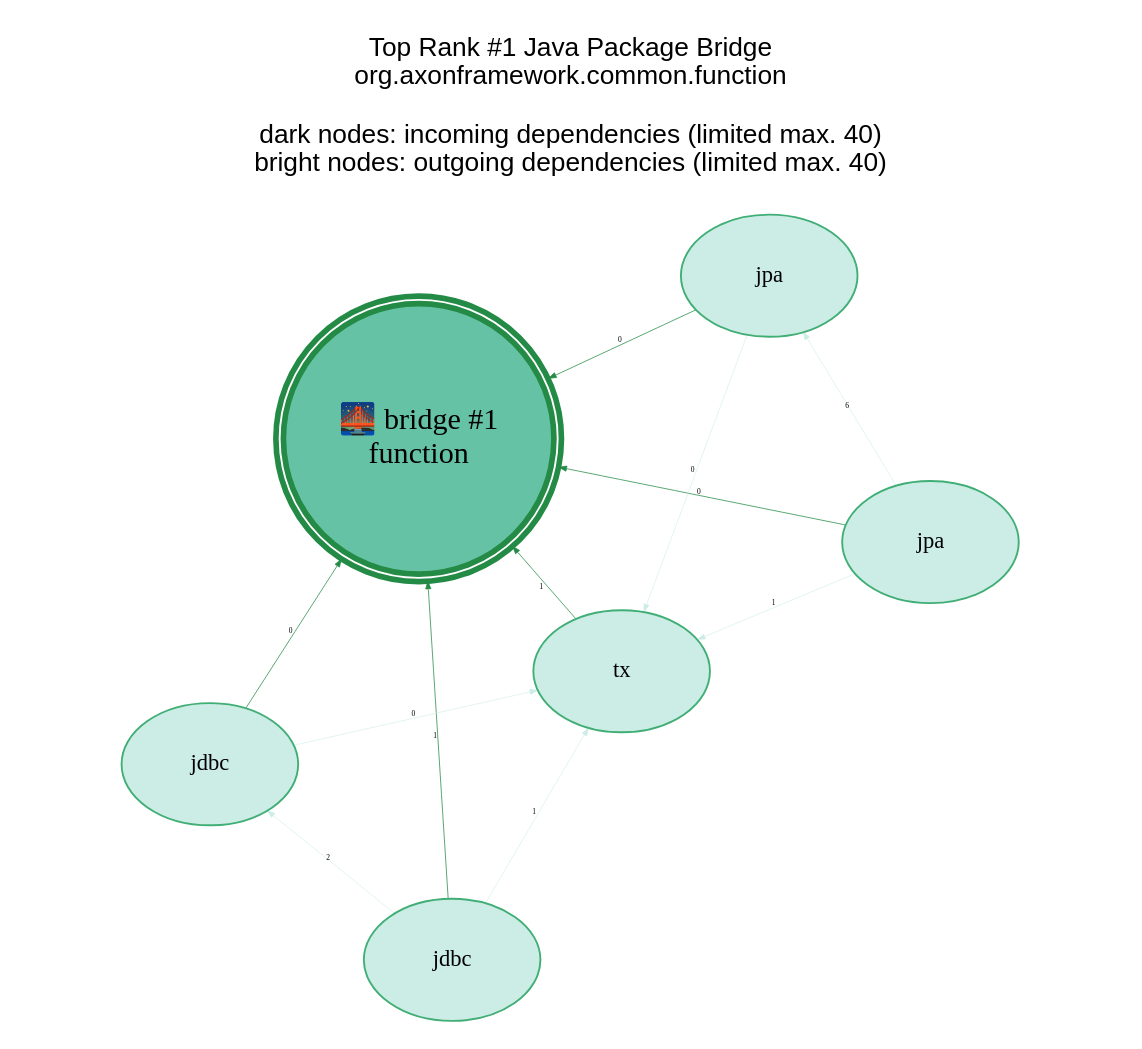
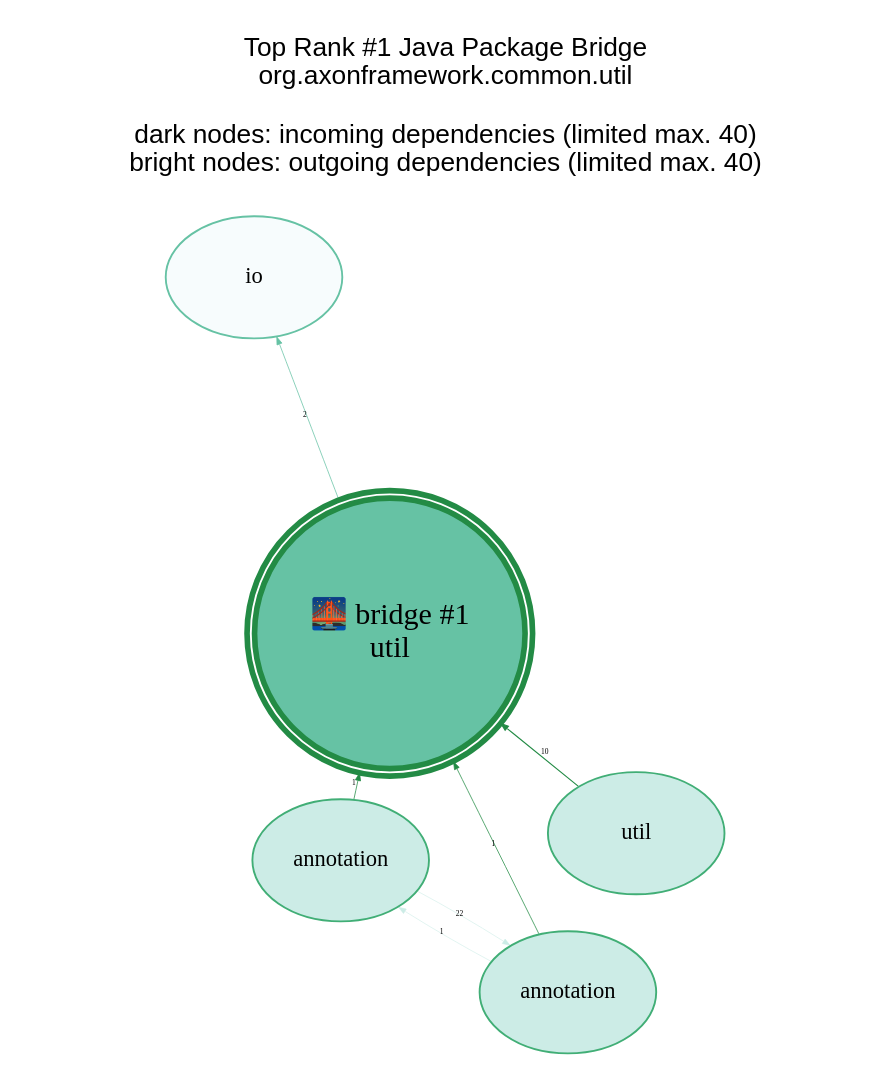
One commit to JohT/code-graph-analysis-examples changed the diagram in analysis-results/AxonFramework/latest/anomaly-detection/Java_Package/GraphVisualizations/graphviz/TopBridge1.gv. Above: the diagram before and after it, drawn with Graphviz. The commit also changed 795 other files, not shown here.

```diff
--- a/analysis-results/AxonFramework/latest/anomaly-detection/Java_Package/GraphVisualizations/graphviz/TopBridge1.gv
+++ b/analysis-results/AxonFramework/latest/anomaly-detection/Java_Package/GraphVisualizations/graphviz/TopBridge1.gv
@@ -1,28 +1,23 @@
 // This GraphViz dot file was generated by the script convertQueryResultCsvToGraphVizDotFile.sh with TopCentral.template
 
 strict digraph TopBridge1 {
     graph [layout = "fdp"; start = "7"; splines = "spline"; pad = "0.8,0.1"; outputorder = "edgesfirst";];
     graph [fontname = "Helvetica,Arial,sans-serif"; labelloc = "t";];
     node [colorscheme = "bugn9"; color = 6; fillcolor = 3;];
     edge [colorscheme = "bugn9"; color = 7;];
     node [fontsize = 12; style = "filled"; margin = "0.03,0.03"; width="1.3"; height="0.9";];
     edge [fontsize = 4; arrowsize = "0.4";];
 
     central [shape = "doublecircle"; height = "2.0"; margin = "0.000001,0.000001";];
     central [fontsize = 16;];
     central [color = 7; fillcolor = 5; penwidth = 3;];
 
-	graph   [label="Top Rank #1 Java Package Bridge\norg.axonframework.common.function\n\ndark nodes: incoming dependencies (limited max. 40)\nbright nodes: outgoing dependencies (limited max. 40)\n\n"];
-	central [label="🌉 bridge #1\nfunction"];
-	"jdbc_26005" [label = "jdbc"; ]; "jdbc_26005" -> central [label=1; weight=1; penwidth=0.4];
-	"tx_7358" [label = "tx"; ]; "tx_7358" -> central [label=1; weight=1; penwidth=0.4];
-	"jdbc_7357" [label = "jdbc"; ]; "jdbc_7357" -> central [label=0; weight=0; penwidth=0.4];
-	"jpa_26006" [label = "jpa"; ]; "jpa_26006" -> central [label=0; weight=0; penwidth=0.4];
-	"jpa_7360" [label = "jpa"; ]; "jpa_7360" -> central [label=0; weight=0; penwidth=0.4];
-	"jpa_26006" -> "jpa_7360" [label=6; weight=6; penwidth=0.3; color = 3]
-	"jdbc_26005" -> "jdbc_7357" [label=2; weight=2; penwidth=0.3; color = 3]
-	"jdbc_26005" -> "tx_7358" [label=1; weight=1; penwidth=0.3; color = 3]
-	"jpa_26006" -> "tx_7358" [label=1; weight=1; penwidth=0.3; color = 3]
-	"jdbc_7357" -> "tx_7358" [label=0; weight=0; penwidth=0.3; color = 3]
-	"jpa_7360" -> "tx_7358" [label=0; weight=0; penwidth=0.3; color = 3]
+	graph   [label="Top Rank #1 Java Package Bridge\norg.axonframework.common.util\n\ndark nodes: incoming dependencies (limited max. 40)\nbright nodes: outgoing dependencies (limited max. 40)\n\n"];
+	central [label="🌉 bridge #1\nutil"];
+	"util_18950" [label = "util"; ]; "util_18950" -> central [label=10; weight=10; penwidth=0.6];
+	"annotation_26014" [label = "annotation"; ]; "annotation_26014" -> central [label=1; weight=1; penwidth=0.4];
+	"annotation_26023" [label = "annotation"; ]; "annotation_26023" -> central [label=1; weight=1; penwidth=0.4];
+	"io_7354" [label = "io"; color = 5; fillcolor = 1; ]; central -> "io_7354" [label=2; weight=2; penwidth=0.4; color = 5];
+	"annotation_26023" -> "annotation_26014" [label=22; weight=22; penwidth=0.3; color = 3]
+	"annotation_26014" -> "annotation_26023" [label=1; weight=1; penwidth=0.3; color = 3]
 }
```
